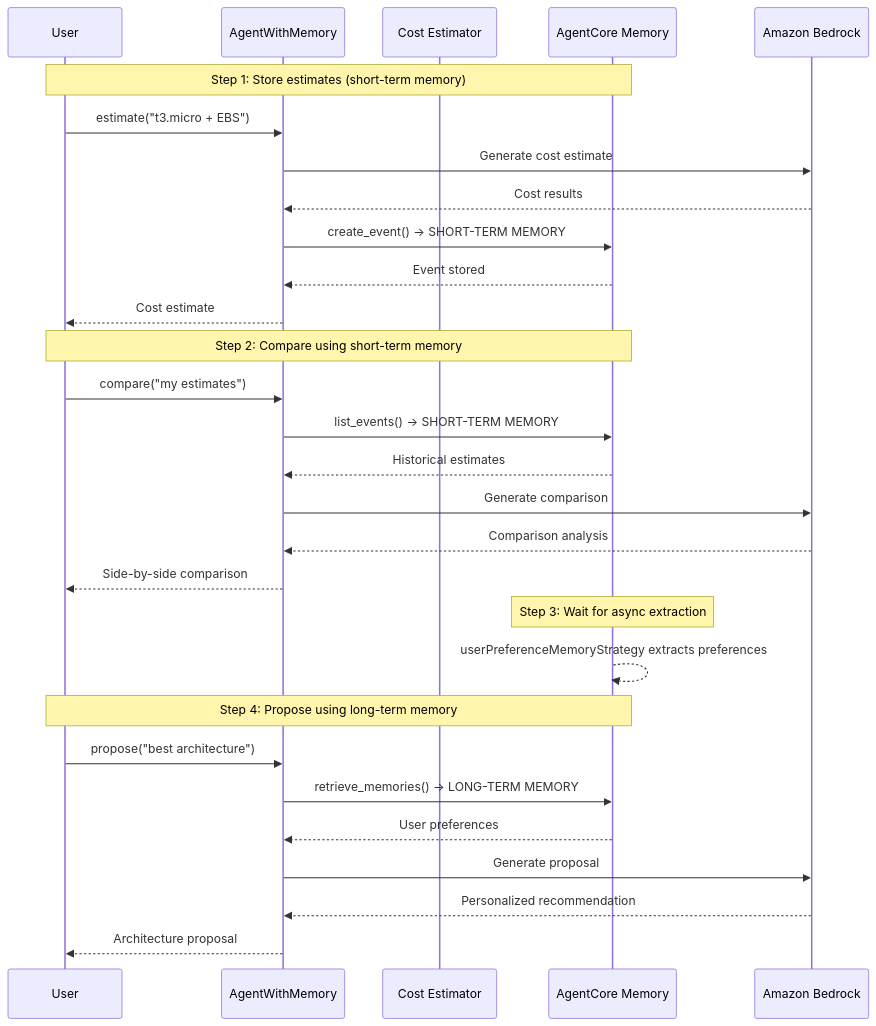
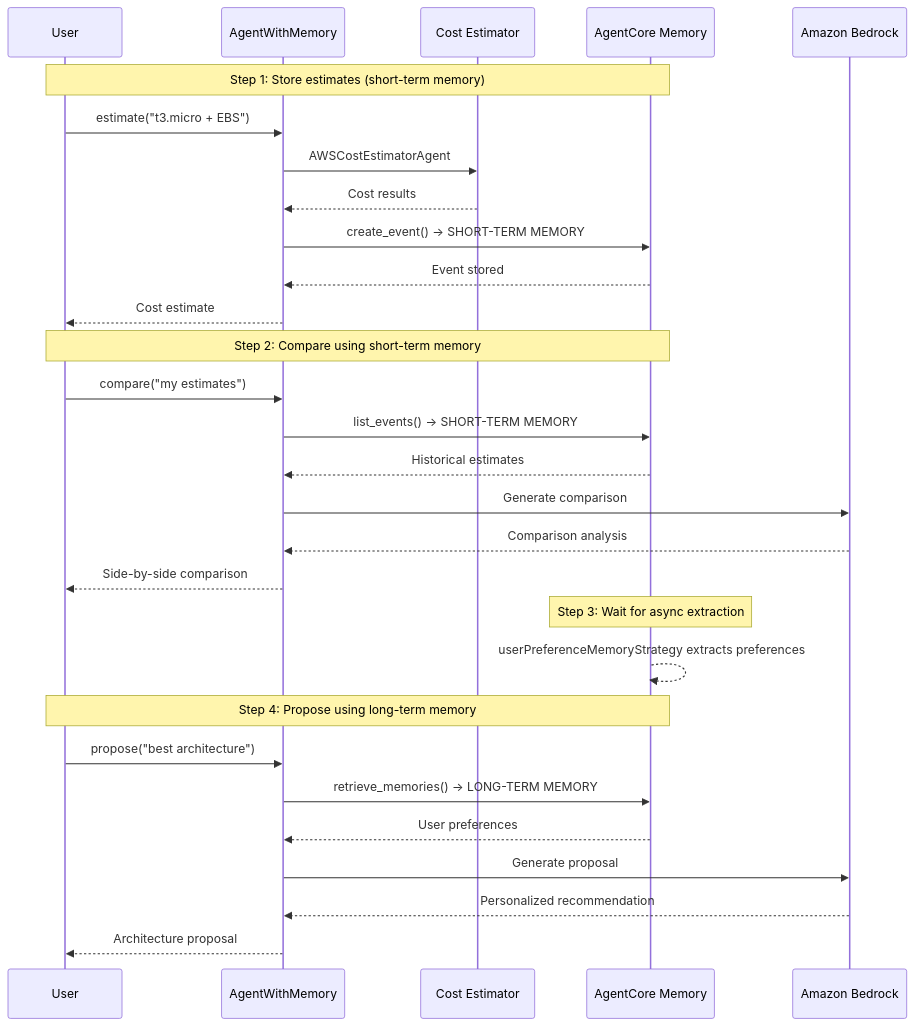
The diagram in 03_memory/README.md (aws-samples/sample-amazon-bedrock-agentcore-onboarding), drawn with Mermaid before and after one commit.

Commit message:
Fix Lab 3 README diagram: Step 1 uses Cost Estimator, not direct Bedrock

````diff
--- a/03_memory/README.md
+++ b/03_memory/README.md
@@ -9,35 +9,35 @@
 ```mermaid
 sequenceDiagram
     participant User as User
     participant Agent as AgentWithMemory
     participant Estimator as Cost Estimator
     participant Memory as AgentCore Memory
     participant Bedrock as Amazon Bedrock
 
     Note over User,Memory: Step 1: Store estimates (short-term memory)
     User->>Agent: estimate("t3.micro + EBS")
-    Agent->>Bedrock: Generate cost estimate
-    Bedrock-->>Agent: Cost results
+    Agent->>Estimator: AWSCostEstimatorAgent
+    Estimator-->>Agent: Cost results
     Agent->>Memory: create_event() → SHORT-TERM MEMORY
     Memory-->>Agent: Event stored
     Agent-->>User: Cost estimate
 
     Note over User,Memory: Step 2: Compare using short-term memory
     User->>Agent: compare("my estimates")
     Agent->>Memory: list_events() → SHORT-TERM MEMORY
     Memory-->>Agent: Historical estimates
     Agent->>Bedrock: Generate comparison
     Bedrock-->>Agent: Comparison analysis
     Agent-->>User: Side-by-side comparison
 
     Note over Memory: Step 3: Wait for async extraction
     Memory-->>Memory: userPreferenceMemoryStrategy extracts preferences
 
     Note over User,Memory: Step 4: Propose using long-term memory
     User->>Agent: propose("best architecture")
     Agent->>Memory: retrieve_memories() → LONG-TERM MEMORY
     Memory-->>Agent: User preferences
     Agent->>Bedrock: Generate proposal
     Bedrock-->>Agent: Personalized recommendation
     Agent-->>User: Architecture proposal
 ```
````
